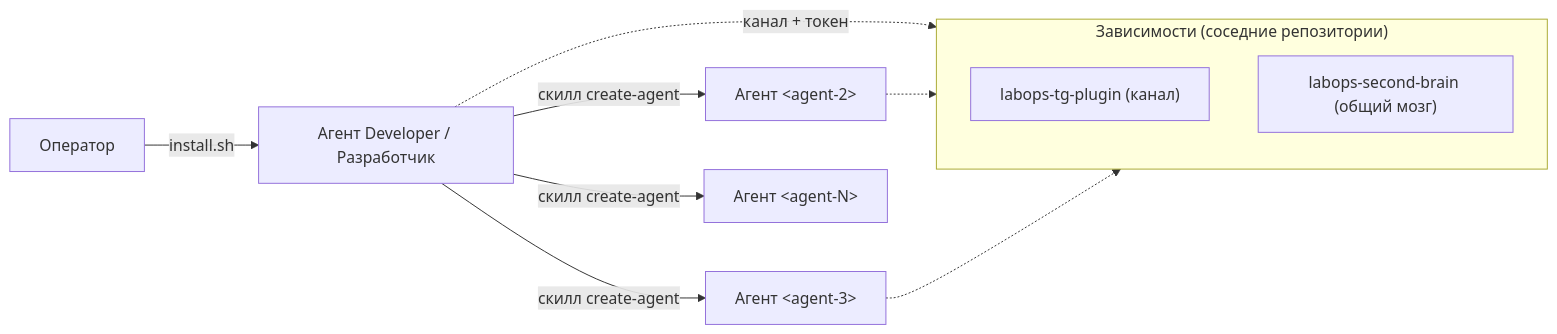
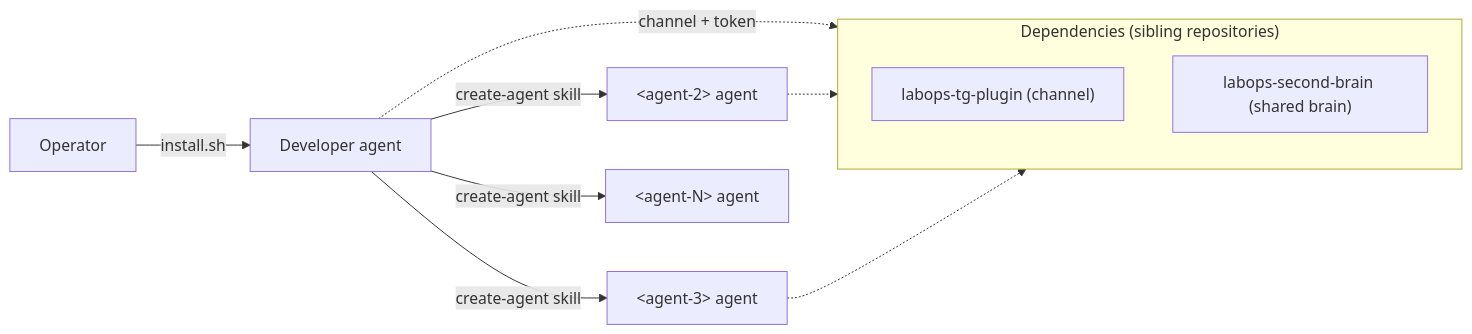
The first of 4 diagrams in README.md (dediukhinpa/labops-agent-architecture), drawn with Mermaid before and after one commit. The commit also changed other lines of this file and 1 other file, not shown here.

````diff
--- a/README.md
+++ b/README.md
@@ -68,14 +64,14 @@
 ```mermaid
 flowchart LR
-  Operator["Оператор"] -->|install.sh| Dev["Агент Developer / Разработчик"]
-  Dev -->|скилл create-agent| A2["Агент &lt;agent-2&gt;"]
-  Dev -->|скилл create-agent| A3["Агент &lt;agent-3&gt;"]
-  Dev -->|скилл create-agent| An["Агент &lt;agent-N&gt;"]
-  subgraph deps["Зависимости (соседние репозитории)"]
-    TG["labops-tg-plugin (канал)"]
-    SB["labops-second-brain (общий мозг)"]
+  Operator["Operator"] -->|install.sh| Dev["Developer agent"]
+  Dev -->|create-agent skill| A2["&lt;agent-2&gt; agent"]
+  Dev -->|create-agent skill| A3["&lt;agent-3&gt; agent"]
+  Dev -->|create-agent skill| An["&lt;agent-N&gt; agent"]
+  subgraph deps["Dependencies (sibling repositories)"]
+    TG["labops-tg-plugin (channel)"]
+    SB["labops-second-brain (shared brain)"]
   end
-  Dev -.->|канал + токен| deps
+  Dev -.->|channel + token| deps
   A2 -.-> deps
   A3 -.-> deps
 ```
````
